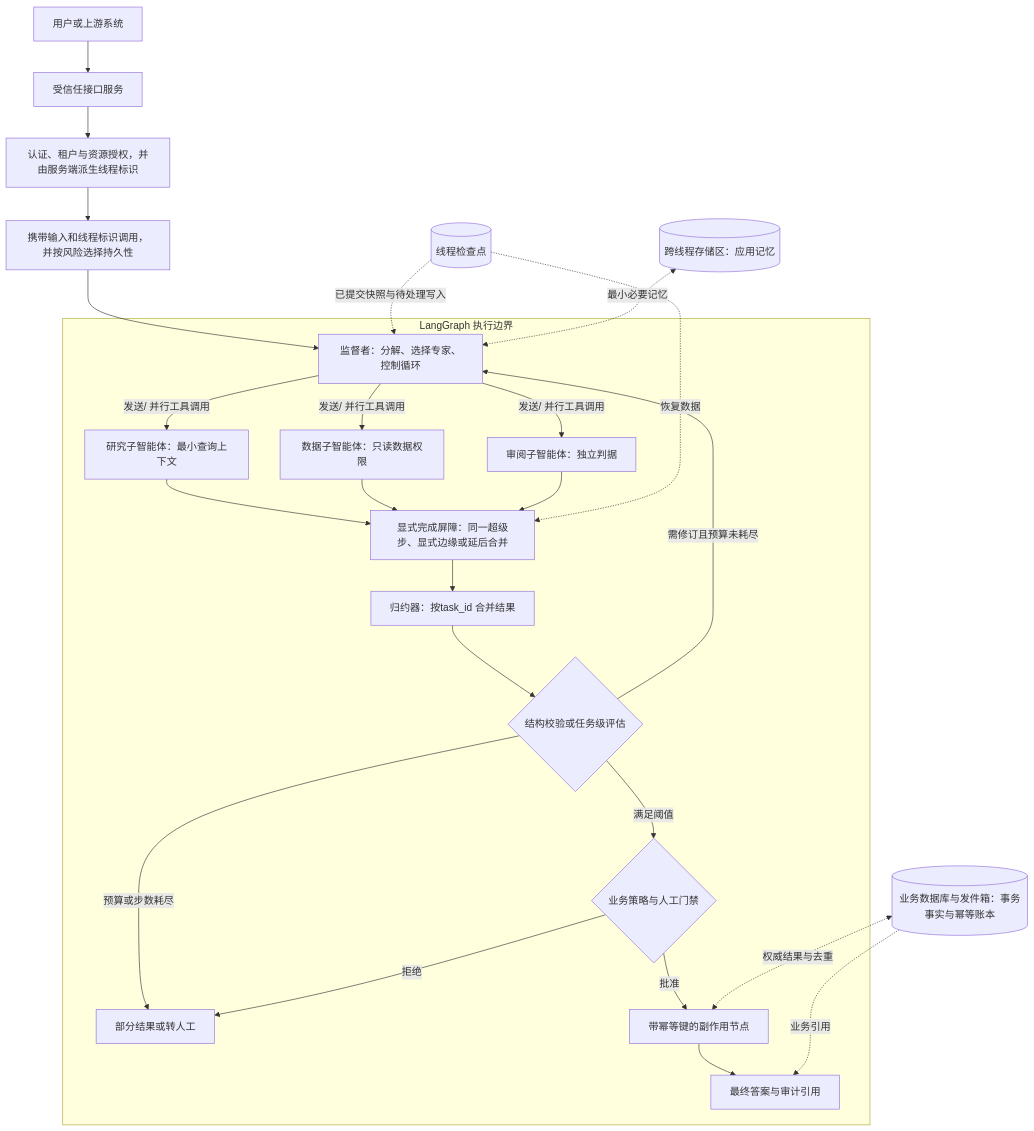
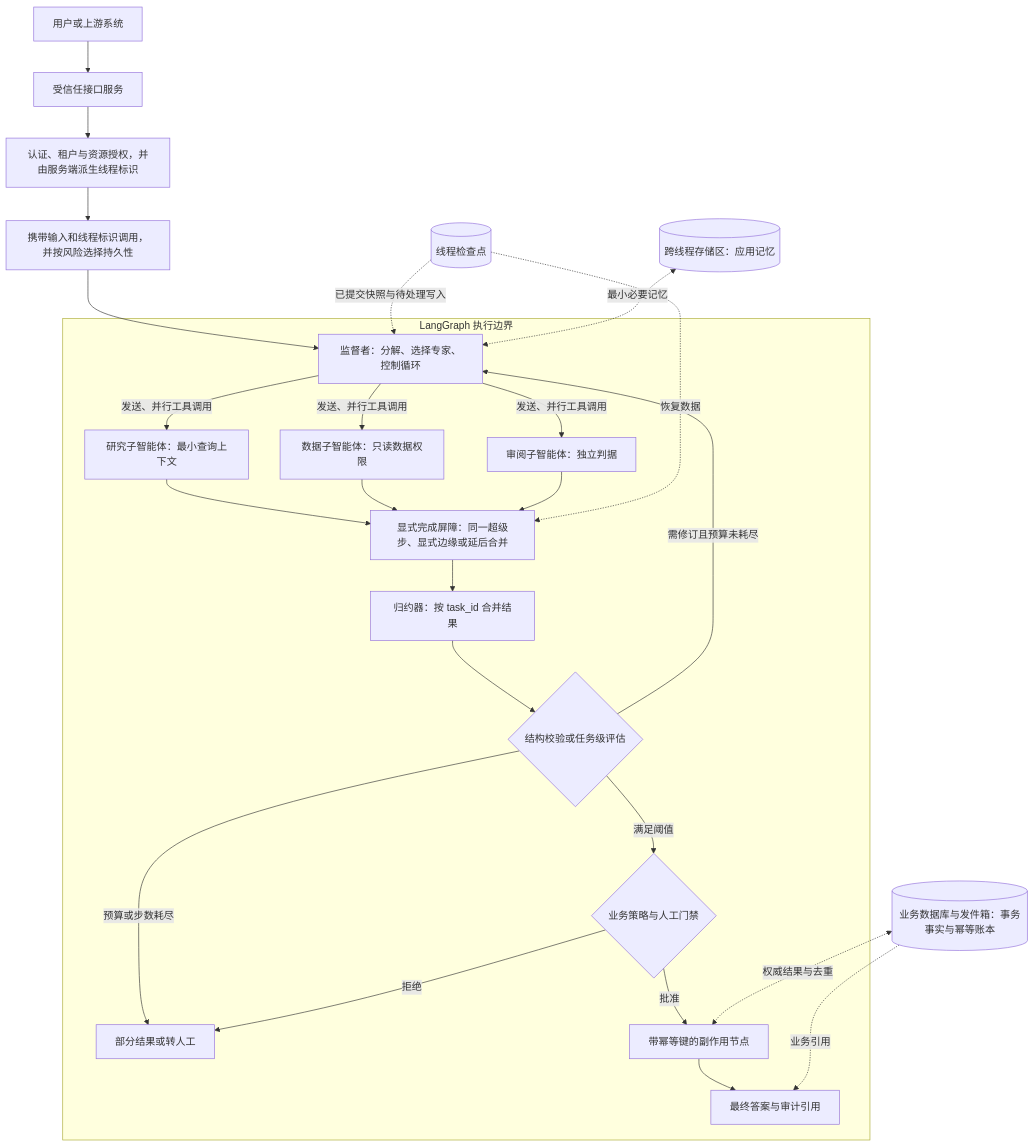
One commit to sealday/tego-arch changed the first of 2 diagrams in content/cases/langgraph-supervisor.mdx. Above: the diagram before and after it, drawn with Mermaid. The commit also changed other lines of this file and 33 other files, not shown here.

````diff
--- a/content/cases/langgraph-supervisor.mdx
+++ b/content/cases/langgraph-supervisor.mdx
@@ -144,45 +144,45 @@
 ```mermaid
 flowchart TB
   accTitle: 可恢复监督者的状态与控制流
-  accDescr: 受信任服务先认证和授权并在服务端派生thread_id，再调用主图；监督者并行调用子智能体，显式完成屏障等待分支后由归并器合并，最终通过门禁并把幂等副作用写入独立业务账本。
+  accDescr: 受信任服务先认证和授权并在服务端派生 thread_id，再调用主图；监督者并行调用子智能体，显式完成屏障等待分支后由归并器合并，最终通过门禁并把幂等副作用写入独立业务账本。
 
   User["用户或上游系统"] --> API["受信任接口服务"]
   API --> Auth["认证、租户与资源授权，并由服务端派生线程标识"]
   Auth --> Invoke["携带输入和线程标识调用，并按风险选择持久性"]
 
   subgraph Graph["LangGraph 执行边界"]
     Supervisor["监督者：分解、选择专家、控制循环"]
     Research["研究子智能体：最小查询上下文"]
     Data["数据子智能体：只读数据权限"]
     Review["审阅子智能体：独立判据"]
     Barrier["显式完成屏障：同一超级步、显式边缘或延后合并"]
-    Reduce["归约器：按task_id 合并结果"]
+    Reduce["归约器：按 task_id 合并结果"]
     Eval{"结构校验或任务级评估"}
     Gate{"业务策略与人工门禁"}
     Degrade["部分结果或转人工"]
     Effect["带幂等键的副作用节点"]
     Final["最终答案与审计引用"]
 
-    Supervisor -->|发送/ 并行工具调用| Research
-    Supervisor -->|发送/ 并行工具调用| Data
-    Supervisor -->|发送/ 并行工具调用| Review
+    Supervisor -->|发送、并行工具调用| Research
+    Supervisor -->|发送、并行工具调用| Data
+    Supervisor -->|发送、并行工具调用| Review
     Research --> Barrier
     Data --> Barrier
     Review --> Barrier
     Barrier --> Reduce
     Reduce --> Eval
     Eval -->|需修订且预算未耗尽| Supervisor
     Eval -->|满足阈值| Gate
     Eval -->|预算或步数耗尽| Degrade
     Gate -->|拒绝| Degrade
     Gate -->|批准| Effect
     Effect --> Final
   end
 
   Invoke --> Supervisor
   Checkpoint[("线程检查点")] -.已提交快照与待处理写入.-> Supervisor
   Checkpoint -.恢复数据.-> Barrier
   Store[("跨线程存储区：应用记忆")] <-.最小必要记忆.-> Supervisor
   Ledger[("业务数据库与发件箱：事务事实与幂等账本")] <-.权威结果与去重.-> Effect
   Ledger -.业务引用.-> Final
 ```
````
